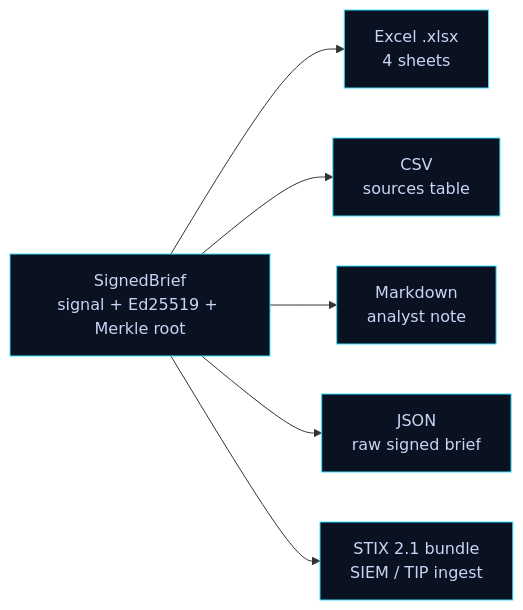
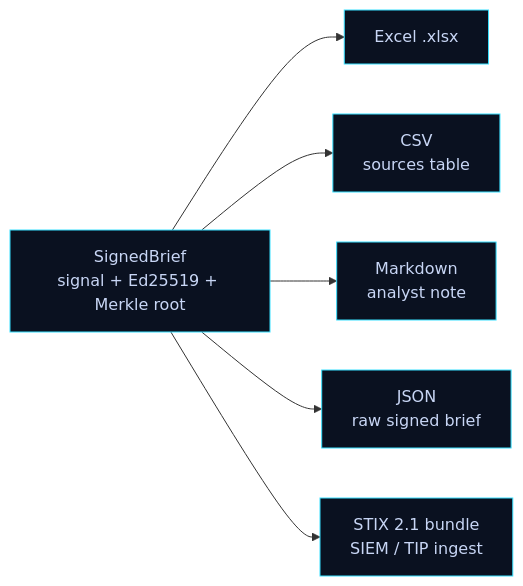
One commit to Symbioose/yc-hackathon changed the third of 4 diagrams in README.md. Above: the diagram before and after it, drawn with Mermaid. The commit also changed other lines of this file and 43 other files, not shown here.

````diff
--- a/README.md
+++ b/README.md
@@ -224,10 +185,10 @@
 ```mermaid
 flowchart LR
-  B["SignedBrief<br/>signal + Ed25519 + Merkle root"] --> X["Excel .xlsx<br/>4 sheets"]
+  B["SignedBrief<br/>signal + Ed25519 + Merkle root"] --> X["Excel .xlsx"]
   B --> C["CSV<br/>sources table"]
   B --> MD["Markdown<br/>analyst note"]
   B --> J["JSON<br/>raw signed brief"]
   B --> ST["STIX 2.1 bundle<br/>SIEM / TIP ingest"]
   classDef n fill:#0a1120,stroke:#36e0ff,color:#c8d6f5;
   class B,X,C,MD,J,ST n
 ```
````
